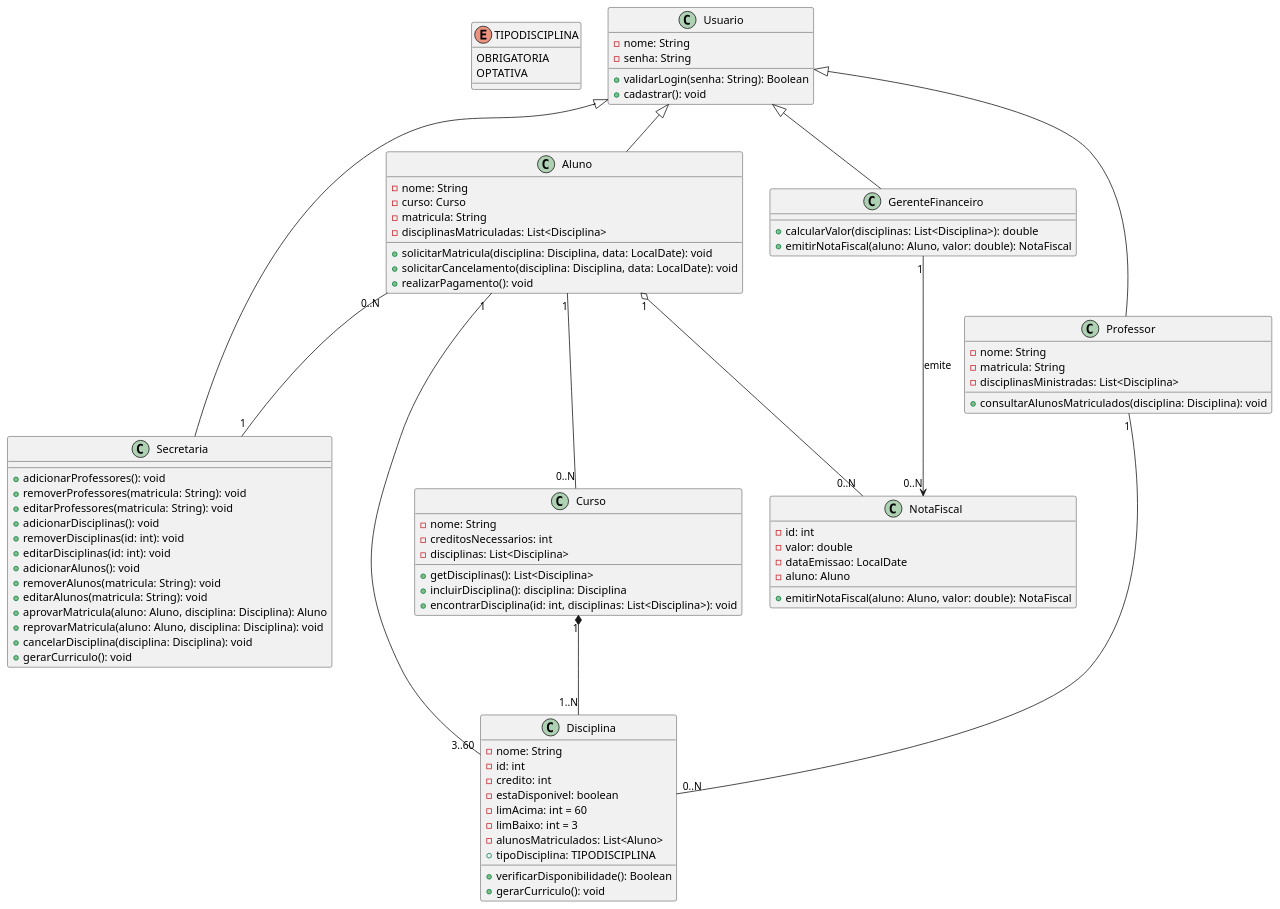
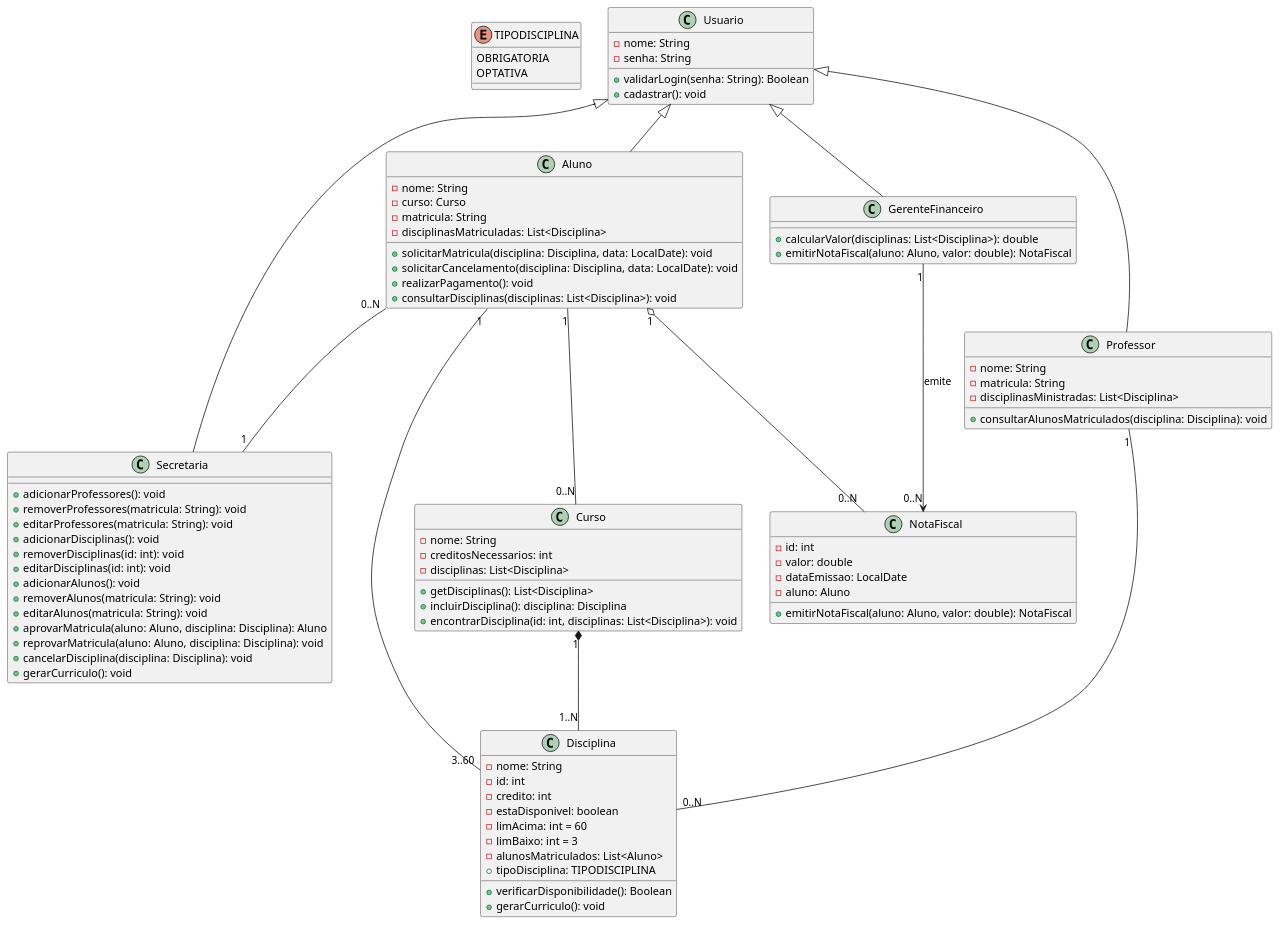
Before and after one commit to devglucas/lab_dev_01: the diagram in code/diagramaClasses.md, drawn with PlantUML.

Commit message:
um errinho de funcao

```diff
--- a/code/diagramaClasses.md
+++ b/code/diagramaClasses.md
@@ -19,6 +19,7 @@
   +solicitarMatricula(disciplina: Disciplina, data: LocalDate): void
   +solicitarCancelamento(disciplina: Disciplina, data: LocalDate): void
   +realizarPagamento(): void
+  +consultarDisciplinas(disciplinas: List<Disciplina>): void
 }
 
 class Professor {
```
